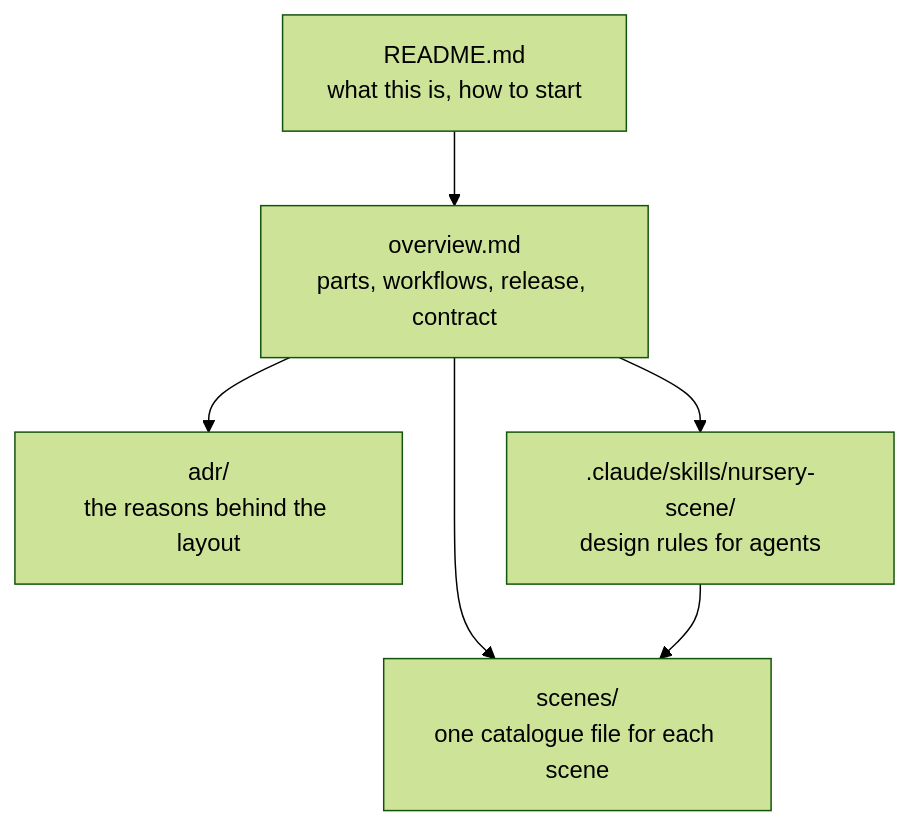
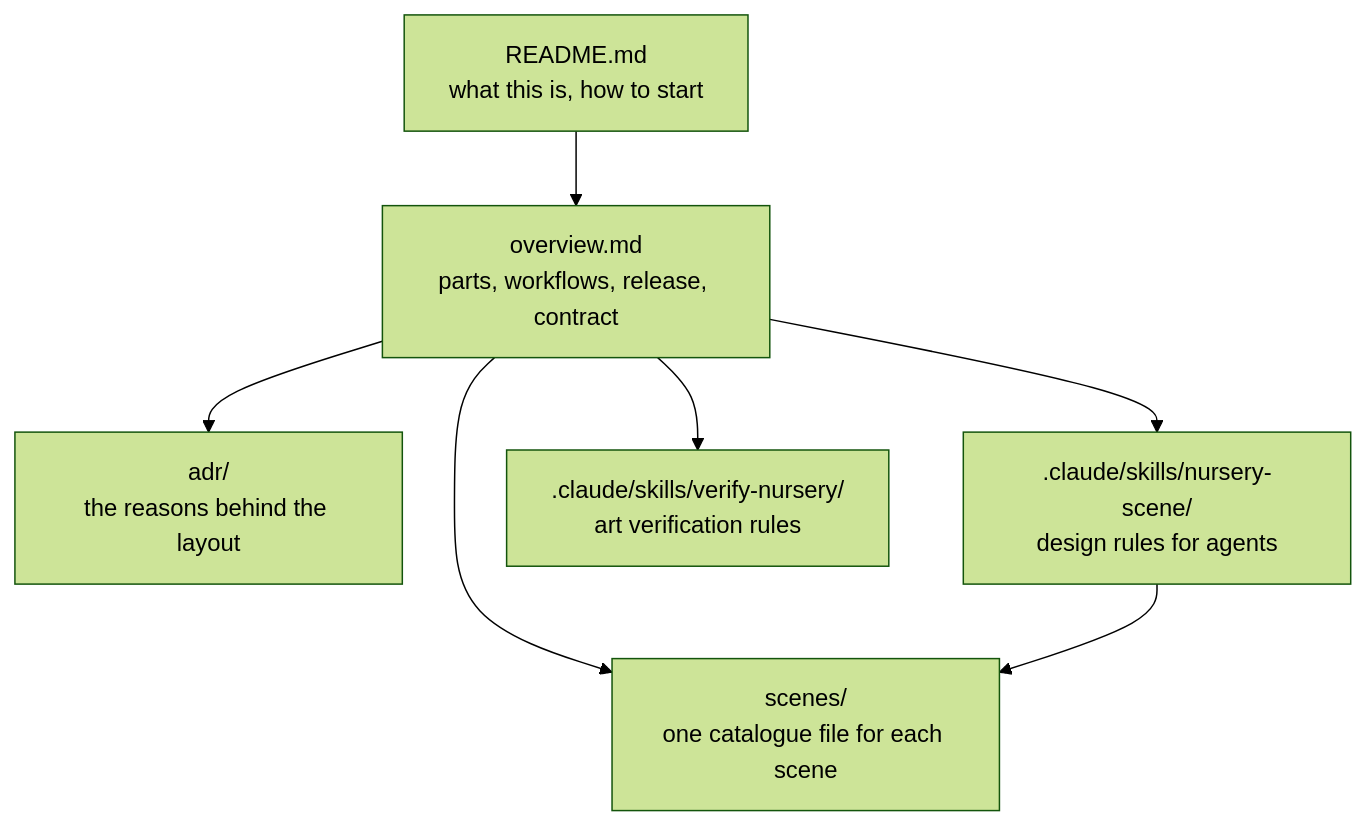
The diagram in docs/README.md (spinningyoyo/omsync-nursery), drawn with Mermaid (forest theme) before and after one commit. The commit also changed other lines of this file and 100 other files, not shown here.

````diff
--- a/docs/README.md
+++ b/docs/README.md
@@ -3,8 +3,9 @@
 ```mermaid
 flowchart TD
     Readme["README.md<br/>what this is, how to start"] --> Overview["overview.md<br/>parts, workflows, release, contract"]
     Overview --> Scenes["scenes/<br/>one catalogue file for each scene"]
     Overview --> Adr["adr/<br/>the reasons behind the layout"]
     Overview --> Skill[".claude/skills/nursery-scene/<br/>design rules for agents"]
+    Overview --> VerifySkill[".claude/skills/verify-nursery/<br/>art verification rules"]
     Skill --> Scenes
 ```
````
